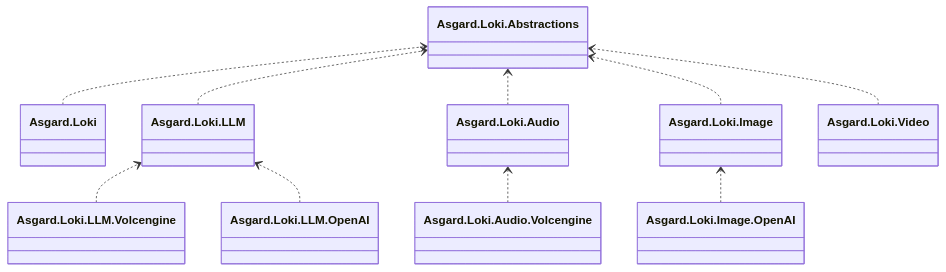
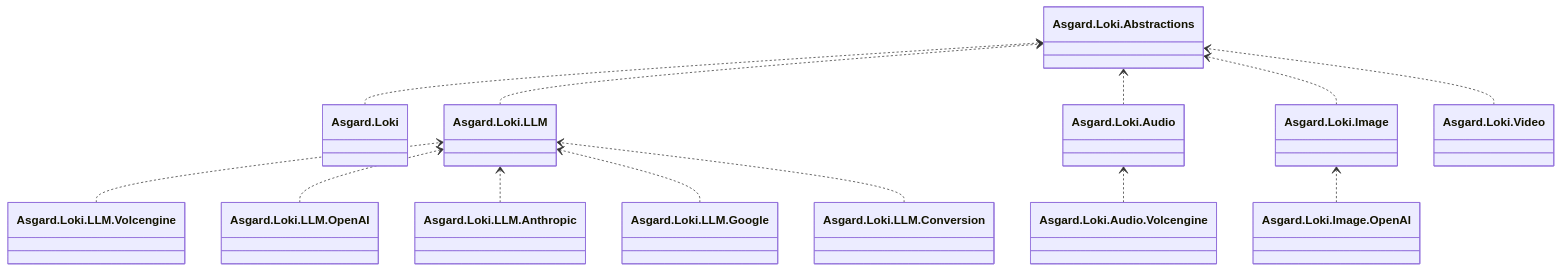
The first of 5 diagrams in docs/architecture.md (BenLampson/Asgard.Loki), drawn with Mermaid before and after one commit. The commit also changed other lines of this file and 80 other files, not shown here.

First line of the commit message:
feat(llm): add Claude and Gemini native APIs with explicit protocol conversion

````diff
--- a/docs/architecture.md
+++ b/docs/architecture.md
@@ -9,23 +9,29 @@
 ```mermaid
 classDiagram
 direction BT
 class Abstractions["Asgard.Loki.Abstractions"]
 class Client["Asgard.Loki"]
 class LLM["Asgard.Loki.LLM"]
 class Audio["Asgard.Loki.Audio"]
 class Image["Asgard.Loki.Image"]
 class Video["Asgard.Loki.Video"]
 class Ark["Asgard.Loki.LLM.Volcengine"]
 class OpenAILLM["Asgard.Loki.LLM.OpenAI"]
+class AnthropicLLM["Asgard.Loki.LLM.Anthropic"]
+class GoogleLLM["Asgard.Loki.LLM.Google"]
+class Conversion["Asgard.Loki.LLM.Conversion"]
 class Speech["Asgard.Loki.Audio.Volcengine"]
 class OpenAIImage["Asgard.Loki.Image.OpenAI"]
 Client ..> Abstractions
 LLM ..> Abstractions
 Audio ..> Abstractions
 Image ..> Abstractions
 Video ..> Abstractions
 Ark ..> LLM
 OpenAILLM ..> LLM
+AnthropicLLM ..> LLM
+GoogleLLM ..> LLM
+Conversion ..> LLM
 Speech ..> Audio
 OpenAIImage ..> Image
 ```
````
